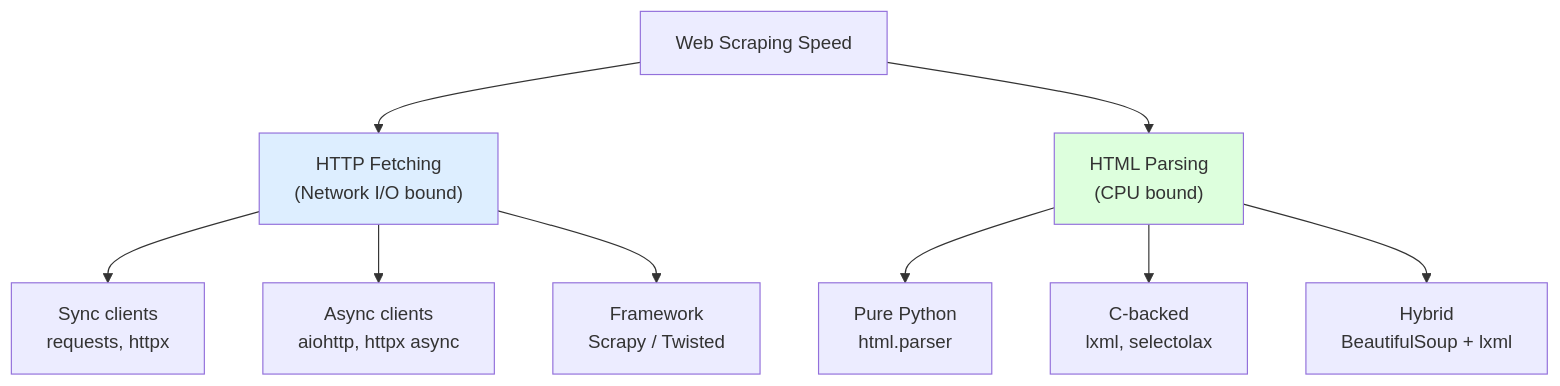
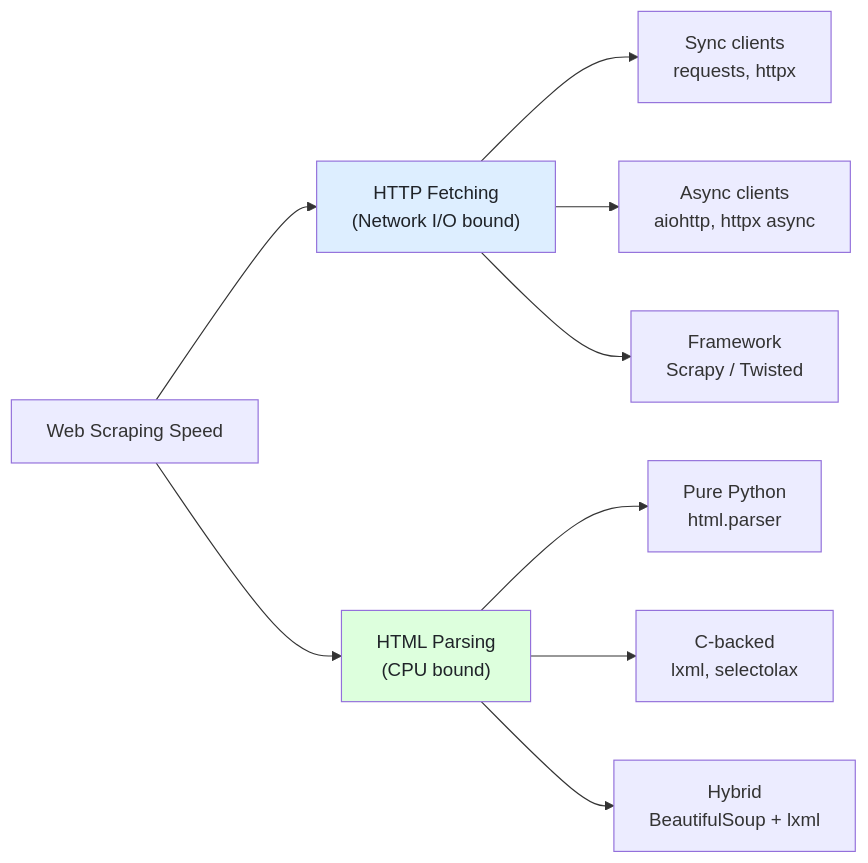
One commit to bytetunnels/bytetunnels.github.com changed the first of 4 diagrams in _posts/2026-02-26-fastest-python-web-scraping-library-benchmarks.md. Above: the diagram before and after it, drawn with Mermaid. The commit also changed other lines of this file and 118 other files, not shown here.

Commit message:
feat: improve diagram styling and compact wide flowcharts

````diff
--- a/_posts/2026-02-26-fastest-python-web-scraping-library-benchmarks.md
+++ b/_posts/2026-02-26-fastest-python-web-scraping-library-benchmarks.md
@@ -23,14 +23,14 @@
 ```mermaid
-graph TD
-    A["Web Scraping Speed"] --> B["HTTP Fetching<br>(Network I/O bound)"]
-    A --> C["HTML Parsing<br>(CPU bound)"]
-    B --> D["Sync clients<br>requests, httpx"]
-    B --> E["Async clients<br>aiohttp, httpx async"]
-    B --> F["Framework<br>Scrapy / Twisted"]
-    C --> G["Pure Python<br>html.parser"]
-    C --> H["C-backed<br>lxml, selectolax"]
-    C --> I["Hybrid<br>BeautifulSoup + lxml"]
+graph LR
+    A["Web Scraping Speed"] --> B["HTTP Fetching<br/>(Network I/O bound)"]
+    A --> C["HTML Parsing<br/>(CPU bound)"]
+    B --> D["Sync clients<br/>requests, httpx"]
+    B --> E["Async clients<br/>aiohttp, httpx async"]
+    B --> F["Framework<br/>Scrapy / Twisted"]
+    C --> G["Pure Python<br/>html.parser"]
+    C --> H["C-backed<br/>lxml, selectolax"]
+    C --> I["Hybrid<br/>BeautifulSoup + lxml"]
 
-    style B fill:#ddeeff
-    style C fill:#ddffdd
+    style B fill:#ddeeff,color:#1f2328
+    style C fill:#ddffdd,color:#1f2328
 ```
````
